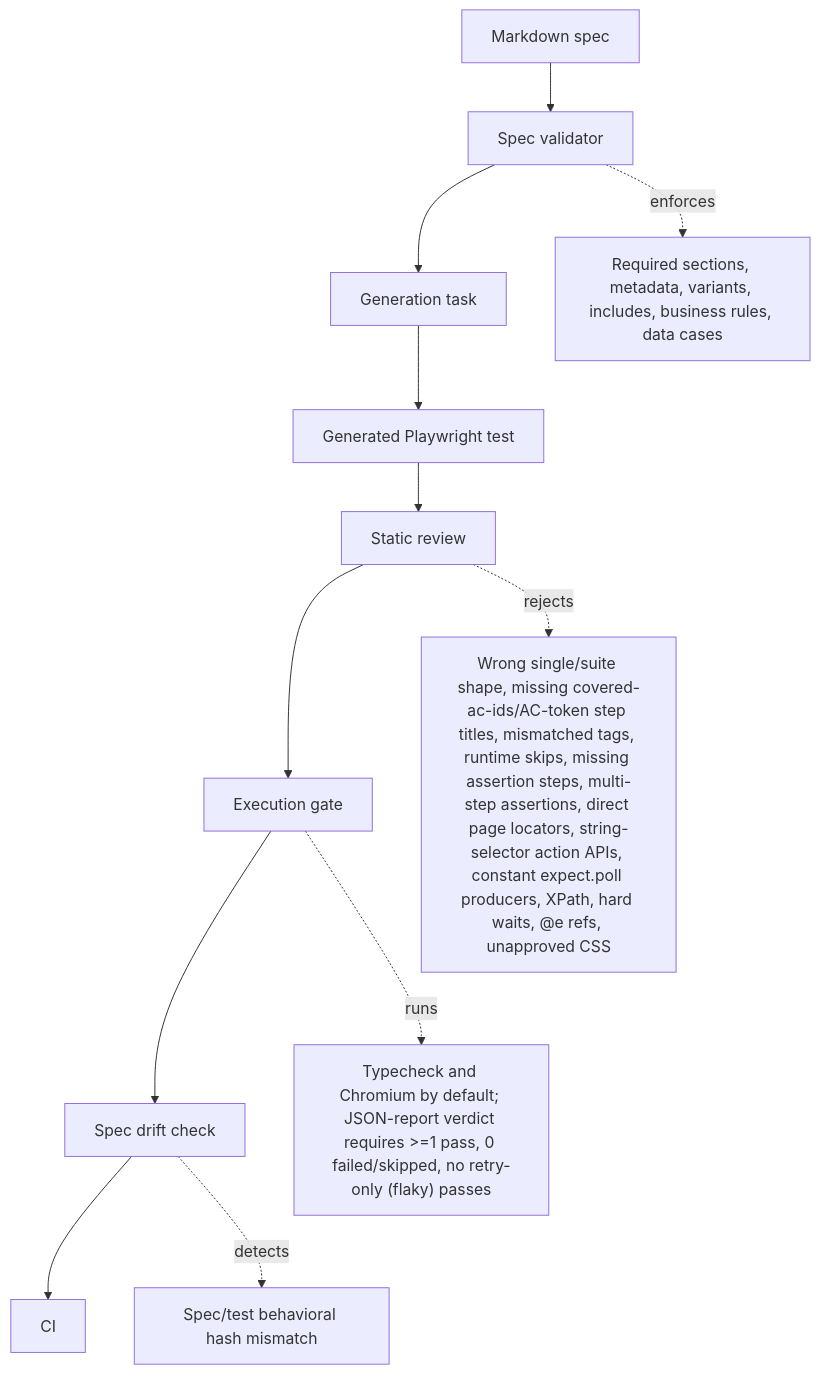
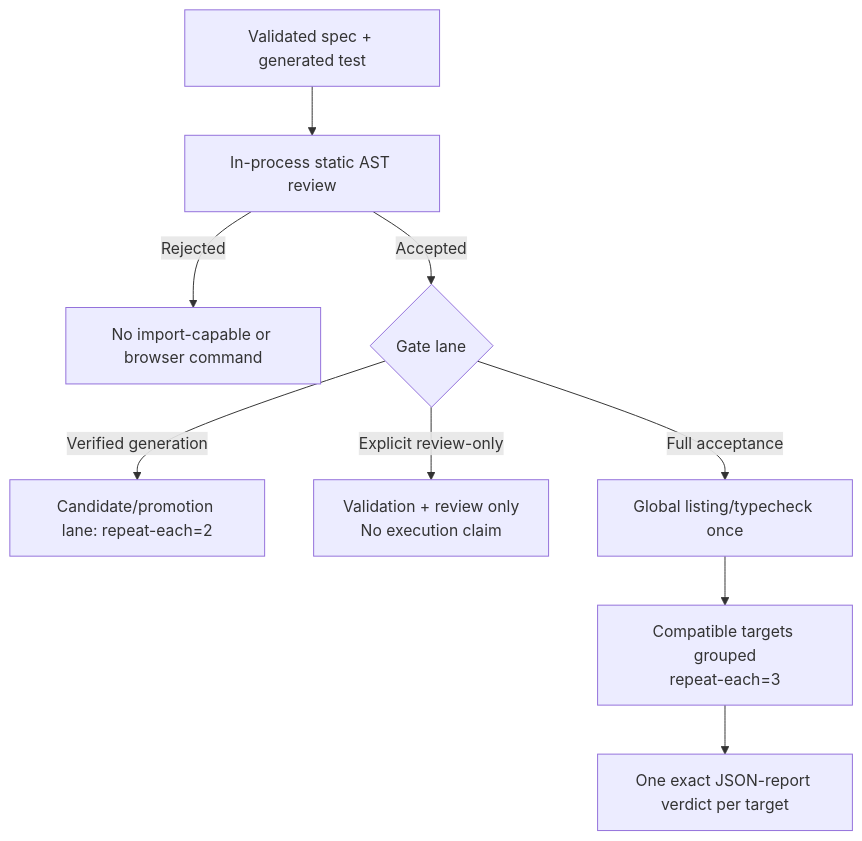
The third of 3 diagrams in packages/web/docs/ai-testing/TEST_GENERATION_FLOW.md (maybebest/web-api-test-generator), drawn with Mermaid before and after one commit. The commit also changed other lines of this file and 549 other files, not shown here.

````diff
--- a/packages/web/docs/ai-testing/TEST_GENERATION_FLOW.md
+++ b/packages/web/docs/ai-testing/TEST_GENERATION_FLOW.md
@@ -74,15 +113,11 @@
 ```mermaid
 flowchart TD
-  A["Markdown spec"] --> B["Spec validator"]
-  B --> C["Generation task"]
-  C --> D["Generated Playwright test"]
-  D --> E["Static review"]
-  E --> F["Execution gate"]
-  F --> G["Spec drift check"]
-  G --> H["CI"]
-
-  B -. "enforces" .-> B1["Required sections, metadata, variants, includes, business rules, data cases"]
-  E -. "rejects" .-> E1["Wrong single/suite shape, missing covered-ac-ids/AC-token step titles, mismatched tags, runtime skips, missing assertion steps, multi-step assertions, direct page locators, string-selector action APIs, constant expect.poll producers, XPath, hard waits, @e refs, unapproved CSS"]
-  F -. "runs" .-> F1["Typecheck and Chromium by default; JSON-report verdict requires >=1 pass, 0 failed/skipped, no retry-only (flaky) passes"]
-  G -. "detects" .-> G1["Spec/test behavioral hash mismatch"]
+  A["Validated spec + generated test"] --> B["In-process static AST review"]
+  B -- "Rejected" --> C["No import-capable or browser command"]
+  B -- "Accepted" --> D{"Gate lane"}
+  D -- "Verified generation" --> E["Candidate/promotion lane: repeat-each=2"]
+  D -- "Explicit review-only" --> F["Validation + review only<br/>No execution claim"]
+  D -- "Full acceptance" --> G["Global listing/typecheck once"]
+  G --> H["Compatible targets grouped<br/>repeat-each=3"]
+  H --> I["One exact JSON-report verdict per target"]
 ```
````
